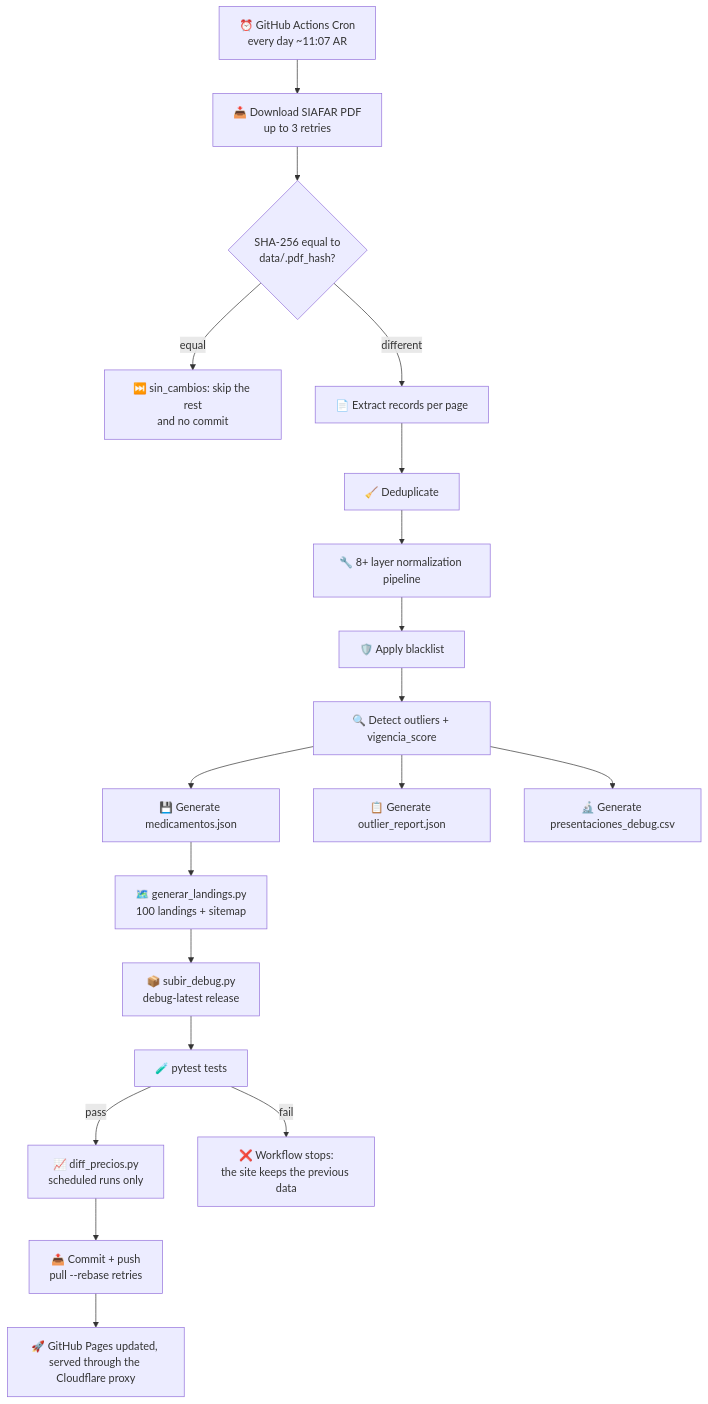
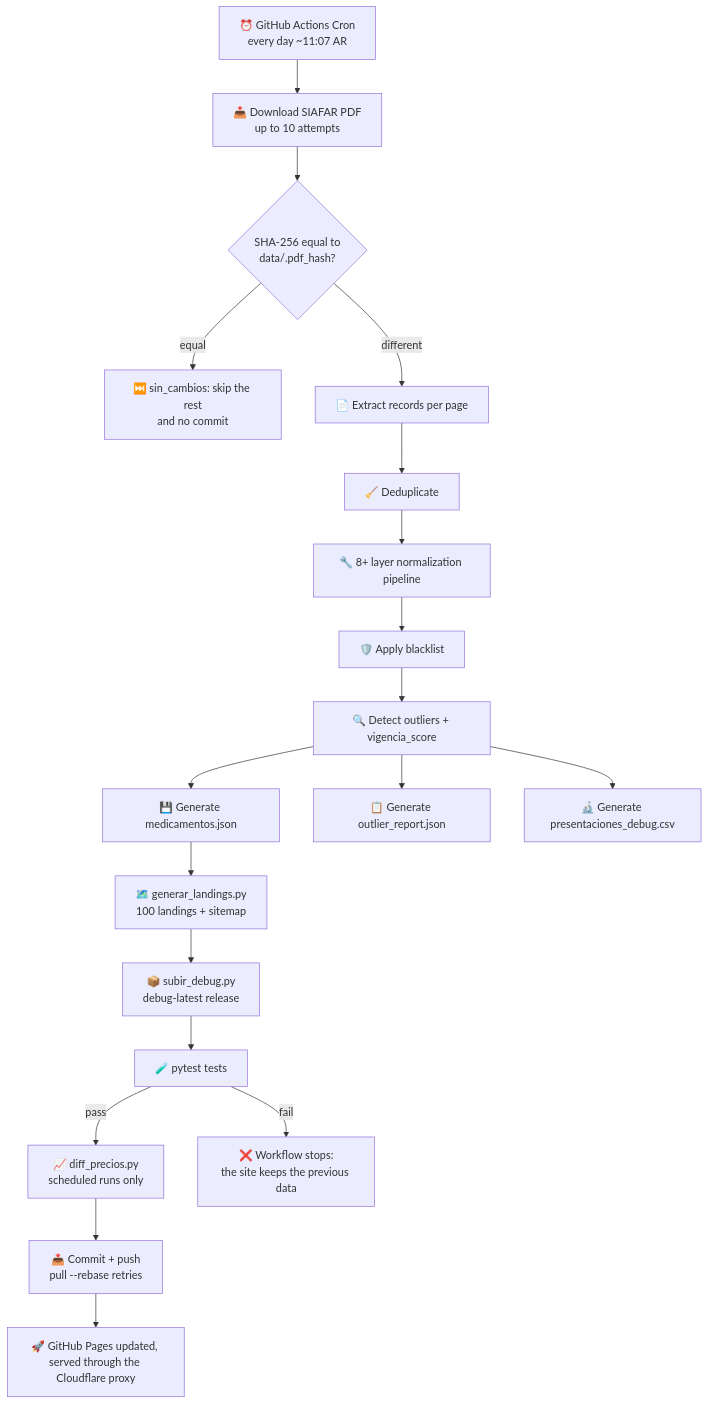
Before and after one commit to psbella/remediar: the second of 9 diagrams in README.en.md, drawn with Mermaid. The commit also changed other lines of this file and 1 other file, not shown here.

````diff
--- a/README.en.md
+++ b/README.en.md
@@ -303,34 +304,34 @@
 ```mermaid
 flowchart TD
 
     A[⏰ GitHub Actions Cron<br/>every day ~11:07 AR]
-    B[📥 Download SIAFAR PDF<br/>up to 3 retries]
+    B[📥 Download SIAFAR PDF<br/>up to 10 attempts]
     HS{SHA-256 equal to<br/>data/.pdf_hash?}
     SK[⏭️ sin_cambios: skip the rest<br/>and no commit]
     C[📄 Extract records per page]
     DD[🧹 Deduplicate]
     N1[🔧 8+ layer normalization pipeline]
     BL[🛡️ Apply blacklist]
     E[🔍 Detect outliers + vigencia_score]
     F[💾 Generate medicamentos.json]
     R[📋 Generate outlier_report.json]
     CSV[🔬 Generate presentaciones_debug.csv]
     L[🗺️ generar_landings.py<br/>100 landings + sitemap]
     DBG[📦 subir_debug.py<br/>debug-latest release]
     T[🧪 pytest tests]
     DF[📈 diff_precios.py<br/>scheduled runs only]
     H[📤 Commit + push<br/>pull --rebase retries]
     I[🚀 GitHub Pages updated, served through the Cloudflare proxy]
 
     A --> B --> HS
     HS -- equal --> SK
     HS -- different --> C
     C --> DD --> N1 --> BL --> E
     E --> F
     E --> R
     E --> CSV
     F --> L --> DBG --> T
     T -- fail --> X[❌ Workflow stops:<br/>the site keeps the previous data]
     T -- pass --> DF --> H
     H --> I
 ```
````
